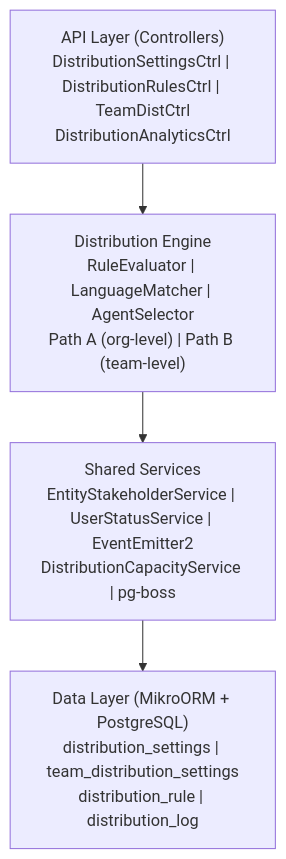
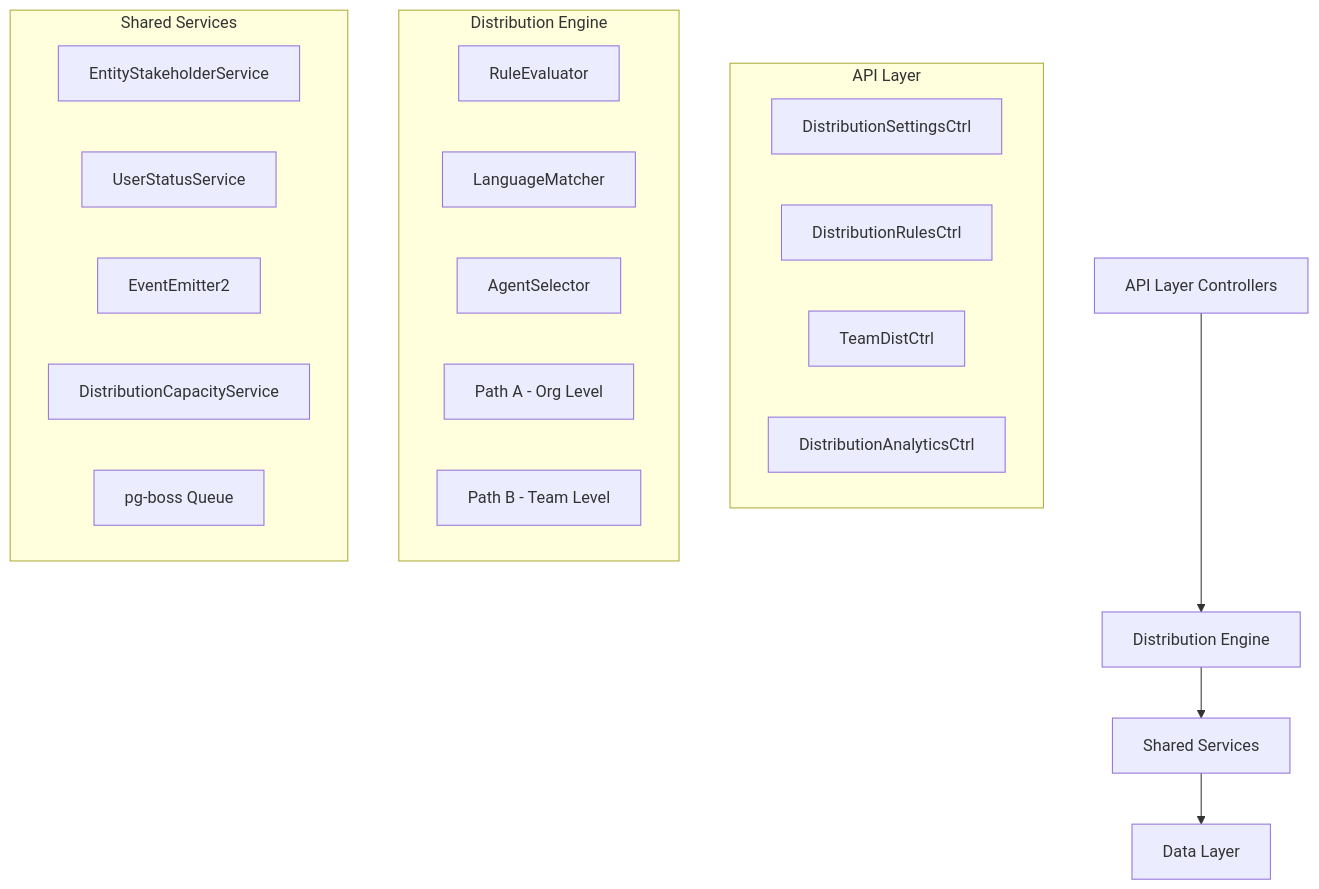
One commit to tech-propwise-org/docs changed the diagram in backend/crm/distribution-module-specification-final.mdx. Above: the diagram before and after it, drawn with Mermaid. The commit also changed other lines of this file and 45 other files, not shown here.

````diff
--- a/backend/crm/distribution-module-specification-final.mdx
+++ b/backend/crm/distribution-module-specification-final.mdx
@@ -58,14 +57,29 @@
 ```mermaid
 graph TB
-    API["API Layer (Controllers)<br/>DistributionSettingsCtrl | DistributionRulesCtrl | TeamDistCtrl<br/>DistributionAnalyticsCtrl"]
+    A[API Layer Controllers] --> B[Distribution Engine]
+    B --> C[Shared Services]
+    C --> D[Data Layer]
     
-    ENGINE["Distribution Engine<br/>RuleEvaluator | LanguageMatcher | AgentSelector<br/>Path A (org-level) | Path B (team-level)"]
+    subgraph API["API Layer"]
+        A1[DistributionSettingsCtrl]
+        A2[DistributionRulesCtrl]
+        A3[TeamDistCtrl]
+        A4[DistributionAnalyticsCtrl]
+    end
     
-    SERVICES["Shared Services<br/>EntityStakeholderService | UserStatusService | EventEmitter2<br/>DistributionCapacityService | pg-boss"]
+    subgraph Engine["Distribution Engine"]
+        B1[RuleEvaluator]
+        B2[LanguageMatcher]
+        B3[AgentSelector]
+        B4[Path A - Org Level]
+        B5[Path B - Team Level]
+    end
     
-    DATA["Data Layer (MikroORM + PostgreSQL)<br/>distribution_settings | team_distribution_settings<br/>distribution_rule | distribution_log"]
-    
-    API --> ENGINE
-    ENGINE --> SERVICES
-    SERVICES --> DATA
+    subgraph Services["Shared Services"]
+        C1[EntityStakeholderService]
+        C2[UserStatusService]
+        C3[EventEmitter2]
+        C4[DistributionCapacityService]
+        C5[pg-boss Queue]
+    end
 ```
````
